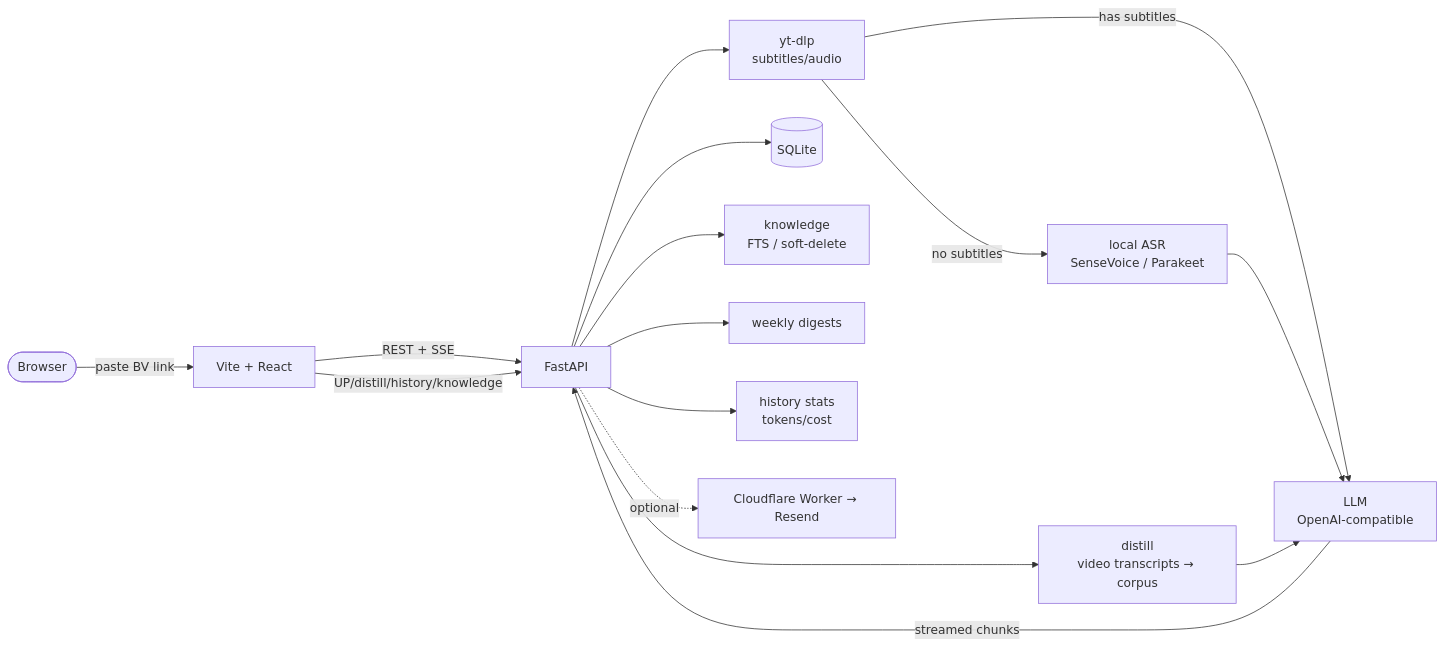
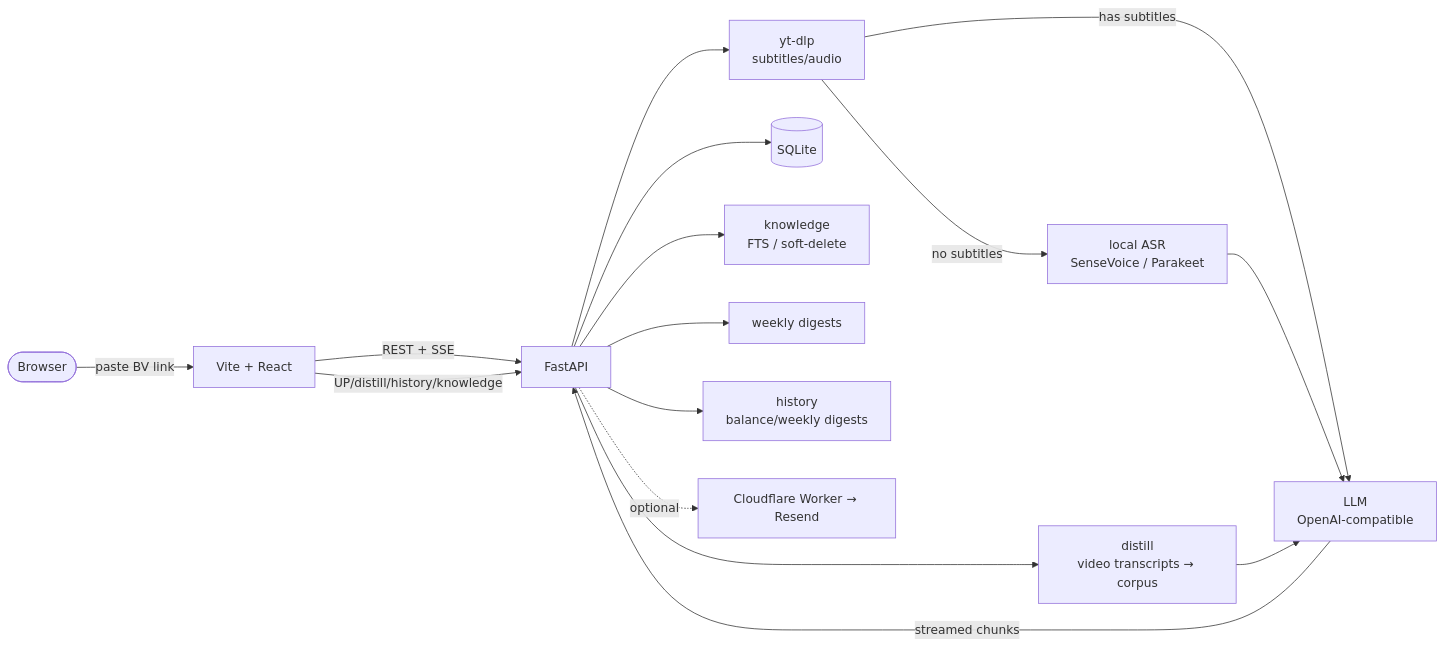
The diagram in README.en.md (BazingaOrg/biri-youyaku), drawn with Mermaid before and after one commit. The commit also changed other lines of this file and 10 other files, not shown here.

````diff
--- a/README.en.md
+++ b/README.en.md
@@ -126,18 +126,18 @@
 ```mermaid
 flowchart LR
     user([Browser]) -->|paste BV link| web[Vite + React]
     web -->|REST + SSE| api[FastAPI]
     web -->|UP/distill/history/knowledge| api
     api --> ytdlp[yt-dlp<br/>subtitles/audio]
     ytdlp -->|has subtitles| llm
     ytdlp -->|no subtitles| asr[local ASR<br/>SenseVoice / Parakeet]
     asr --> llm[LLM<br/>OpenAI-compatible]
     api --> distill[distill<br/>video transcripts → corpus]
     distill --> llm
     llm -->|streamed chunks| api
     api --> db[(SQLite)]
     api --> knowledge[knowledge<br/>FTS / soft-delete]
     api --> weekly[weekly digests]
-    api --> stats[history stats<br/>tokens/cost]
+    api --> stats[history<br/>balance/weekly digests]
     api -. optional .-> mail[Cloudflare Worker → Resend]
 ```
````
